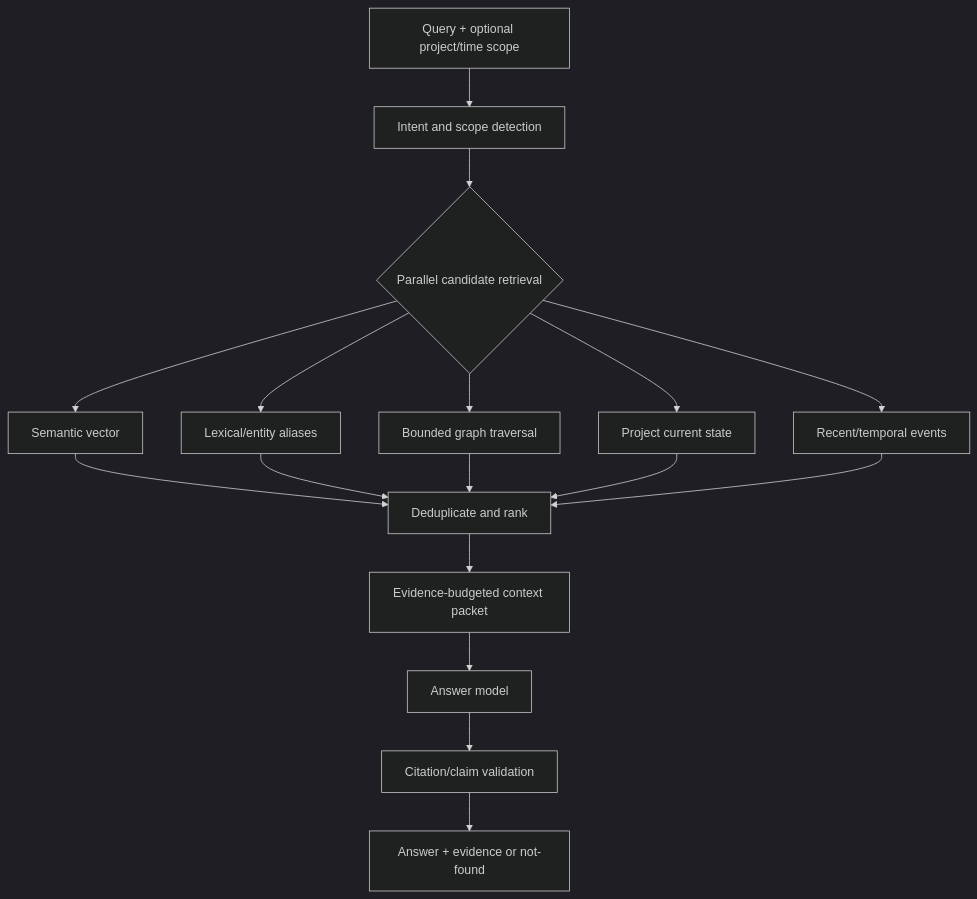
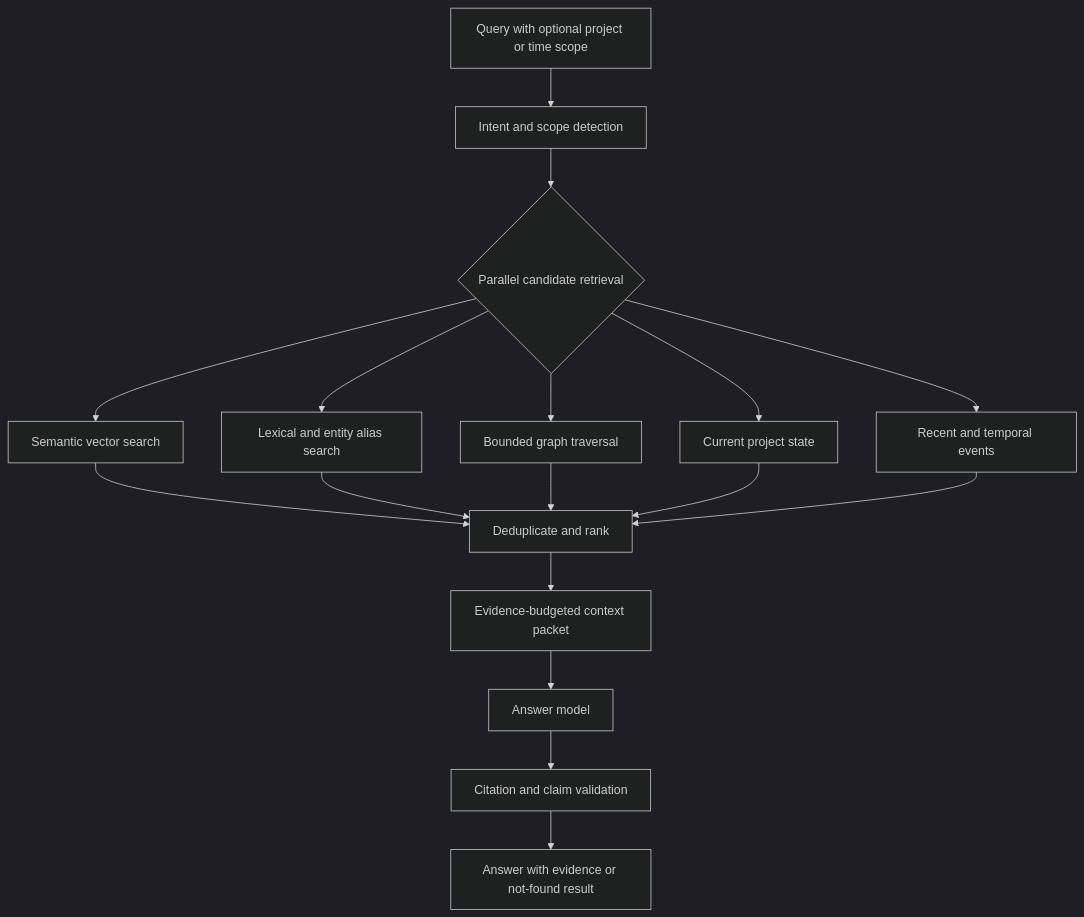
Before and after one commit to WaterMelonKnight/ContextMesh: the diagram in docs/CONTEXT_ENGINE.md, drawn with Mermaid (dark theme). The commit also changed 2 other files, not shown here.

Commit message:
Fix Mermaid diagrams in documentation

````diff
--- a/docs/CONTEXT_ENGINE.md
+++ b/docs/CONTEXT_ENGINE.md
@@ -138,19 +138,33 @@
 ```mermaid
 flowchart TD
- Q[Query + optional project/time scope] --> I[Intent and scope detection]
- I --> C{Parallel candidate retrieval}
- C --> S[Semantic vector]
- C --> X[Lexical/entity aliases]
- C --> G[Bounded graph traversal]
- C --> P[Project current state]
- C --> T[Recent/temporal events]
- S --> R[Deduplicate and rank]
- X --> R
- G --> R
- P --> R
- T --> R
- R --> B[Evidence-budgeted context packet]
- B --> L[Answer model]
- L --> V[Citation/claim validation]
- V --> A[Answer + evidence or not-found]
+  QUERY["Query with optional project or time scope"]
+  INTENT["Intent and scope detection"]
+  CANDIDATES{"Parallel candidate retrieval"}
+  SEMANTIC["Semantic vector search"]
+  LEXICAL["Lexical and entity alias search"]
+  GRAPH["Bounded graph traversal"]
+  PROJECT["Current project state"]
+  TEMPORAL["Recent and temporal events"]
+  RANK["Deduplicate and rank"]
+  PACKET["Evidence-budgeted context packet"]
+  MODEL["Answer model"]
+  VALIDATE["Citation and claim validation"]
+  ANSWER["Answer with evidence or not-found result"]
+
+  QUERY --> INTENT
+  INTENT --> CANDIDATES
+  CANDIDATES --> SEMANTIC
+  CANDIDATES --> LEXICAL
+  CANDIDATES --> GRAPH
+  CANDIDATES --> PROJECT
+  CANDIDATES --> TEMPORAL
+  SEMANTIC --> RANK
+  LEXICAL --> RANK
+  GRAPH --> RANK
+  PROJECT --> RANK
+  TEMPORAL --> RANK
+  RANK --> PACKET
+  PACKET --> MODEL
+  MODEL --> VALIDATE
+  VALIDATE --> ANSWER
 ```
````
